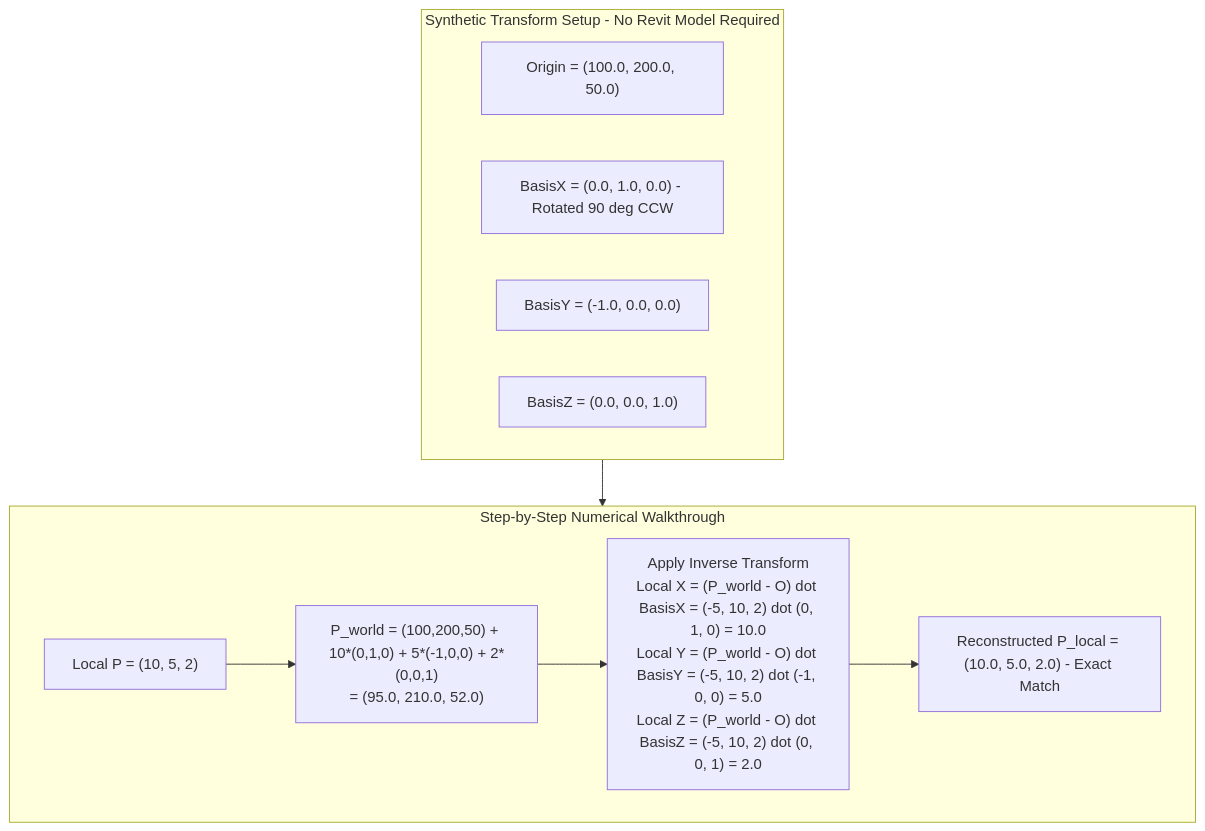
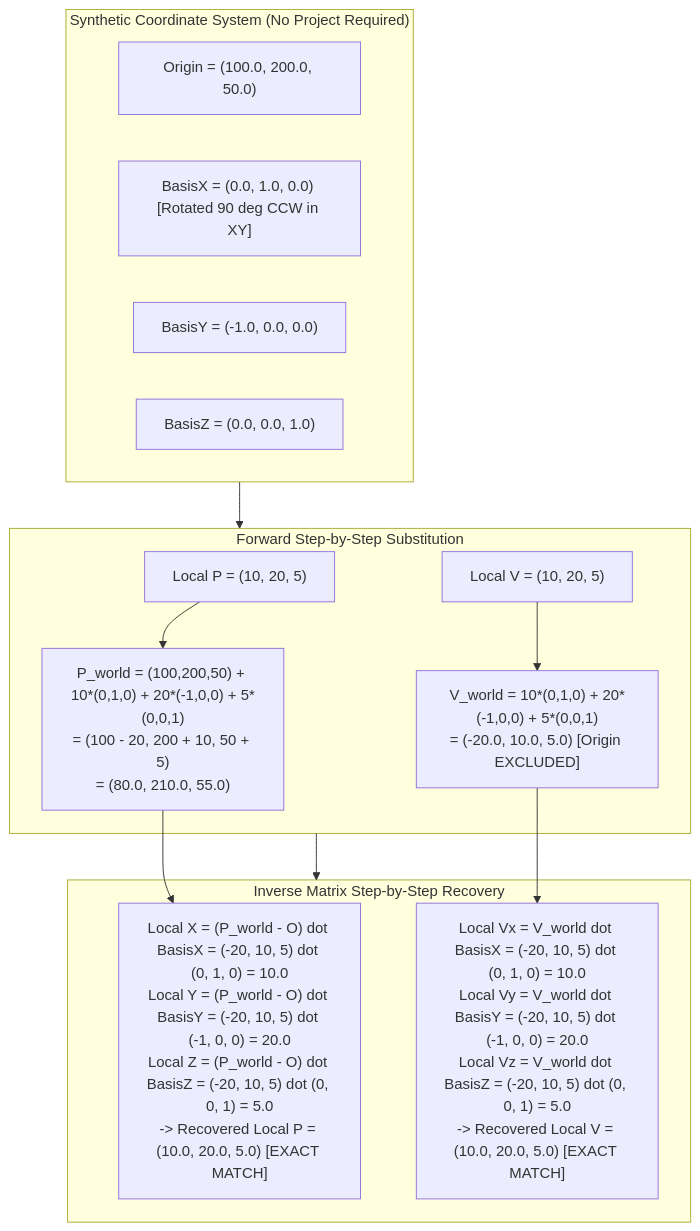
Diagram 13 of 21 in RevitApiSamples/Samples/TransformModule/TransformModule.md (Mustafa-TOMMY/CommandSamplesRevitApiVer2025), drawn with Mermaid before and after one commit. The commit also changed other lines of this file, not shown here.

Commit message:
Update mermaid file

````diff
--- a/RevitApiSamples/Samples/TransformModule/TransformModule.md
+++ b/RevitApiSamples/Samples/TransformModule/TransformModule.md
@@ -478,17 +517,22 @@
 ```mermaid
 flowchart TD
-    subgraph SyntheticSetup["Synthetic Transform Setup - No Revit Model Required"]
+    subgraph Setup["Synthetic Coordinate System (No Project Required)"]
         O["Origin = (100.0, 200.0, 50.0)"]
-        BX["BasisX = (0.0, 1.0, 0.0) - Rotated 90 deg CCW"]
+        BX["BasisX = (0.0, 1.0, 0.0) [Rotated 90 deg CCW in XY]"]
         BY["BasisY = (-1.0, 0.0, 0.0)"]
         BZ["BasisZ = (0.0, 0.0, 1.0)"]
     end
 
-    subgraph MathWalkthrough["Step-by-Step Numerical Walkthrough"]
-        PT["Local P = (10, 5, 2)"] --> FWD["P_world = (100,200,50) + 10*(0,1,0) + 5*(-1,0,0) + 2*(0,0,1)<br/>= (95.0, 210.0, 52.0)"]
-        FWD --> INV["Apply Inverse Transform<br/>Local X = (P_world - O) dot BasisX = (-5, 10, 2) dot (0, 1, 0) = 10.0<br/>Local Y = (P_world - O) dot BasisY = (-5, 10, 2) dot (-1, 0, 0) = 5.0<br/>Local Z = (P_world - O) dot BasisZ = (-5, 10, 2) dot (0, 0, 1) = 2.0"]
-        INV --> MATCH["Reconstructed P_local = (10.0, 5.0, 2.0) - Exact Match"]
+    subgraph ForwardMath["Forward Step-by-Step Substitution"]
+        PT["Local P = (10, 20, 5)"] --> F_PT["P_world = (100,200,50) + 10*(0,1,0) + 20*(-1,0,0) + 5*(0,0,1)<br/>= (100 - 20, 200 + 10, 50 + 5)<br/>= (80.0, 210.0, 55.0)"]
+        VEC["Local V = (10, 20, 5)"] --> F_VEC["V_world = 10*(0,1,0) + 20*(-1,0,0) + 5*(0,0,1)<br/>= (-20.0, 10.0, 5.0) [Origin EXCLUDED]"]
     end
 
-    SyntheticSetup --> MathWalkthrough
+    subgraph InverseMath["Inverse Matrix Step-by-Step Recovery"]
+        F_PT --> I_PT["Local X = (P_world - O) dot BasisX = (-20, 10, 5) dot (0, 1, 0) = 10.0<br/>Local Y = (P_world - O) dot BasisY = (-20, 10, 5) dot (-1, 0, 0) = 20.0<br/>Local Z = (P_world - O) dot BasisZ = (-20, 10, 5) dot (0, 0, 1) = 5.0<br/>-> Recovered Local P = (10.0, 20.0, 5.0) [EXACT MATCH]"]
+        F_VEC --> I_VEC["Local Vx = V_world dot BasisX = (-20, 10, 5) dot (0, 1, 0) = 10.0<br/>Local Vy = V_world dot BasisY = (-20, 10, 5) dot (-1, 0, 0) = 20.0<br/>Local Vz = V_world dot BasisZ = (-20, 10, 5) dot (0, 0, 1) = 5.0<br/>-> Recovered Local V = (10.0, 20.0, 5.0) [EXACT MATCH]"]
+    end
+
+    Setup --> ForwardMath
+    ForwardMath --> InverseMath
 ```
````
